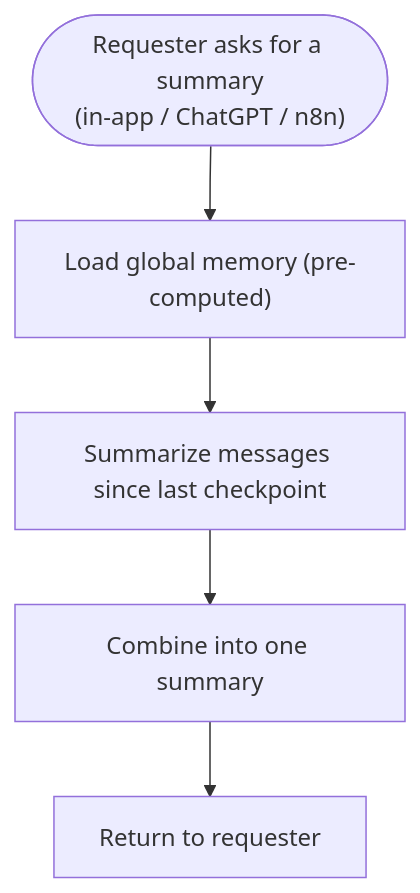
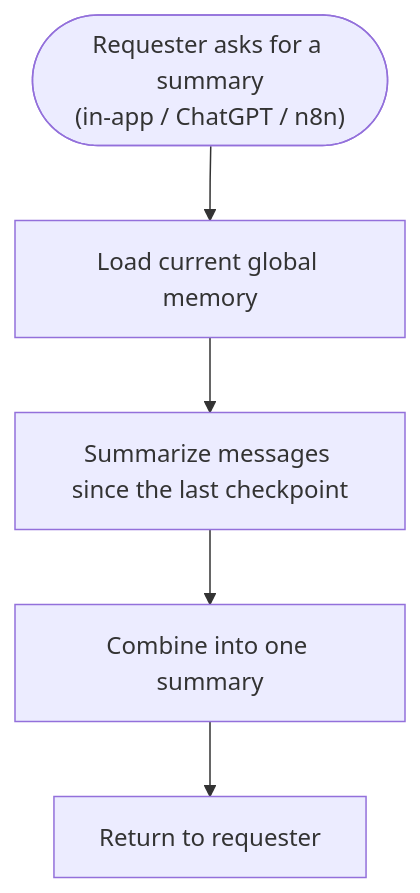
Before and after one commit to phanxuanquang/jetomax-assignment: the fourth of 4 diagrams in docs/software-requirements-specification.md, drawn with Mermaid. The commit also changed other lines of this file and 5 other files, not shown here.

````diff
--- a/docs/software-requirements-specification.md
+++ b/docs/software-requirements-specification.md
@@ -208,7 +182,7 @@
 ```mermaid
 flowchart TD
-    Req(["Requester asks for a summary<br/>(in-app / ChatGPT / n8n)"]) --> Load["Load global memory (pre-computed)"]
-    Load --> Fresh["Summarize messages since last checkpoint"]
+    Req(["Requester asks for a summary<br/>(in-app / ChatGPT / n8n)"]) --> Load["Load current global memory"]
+    Load --> Fresh["Summarize messages since the last checkpoint"]
     Fresh --> Combine["Combine into one summary"]
     Combine --> Return["Return to requester"]
 ```
````
